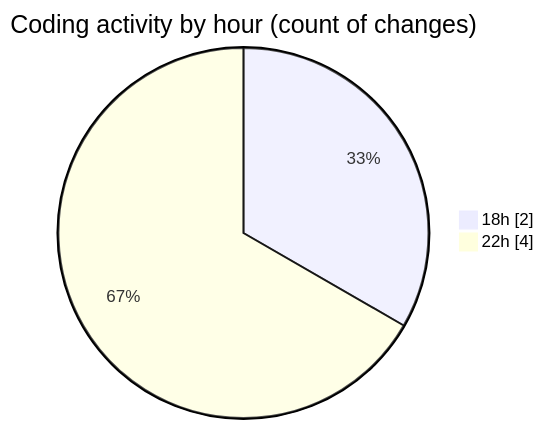
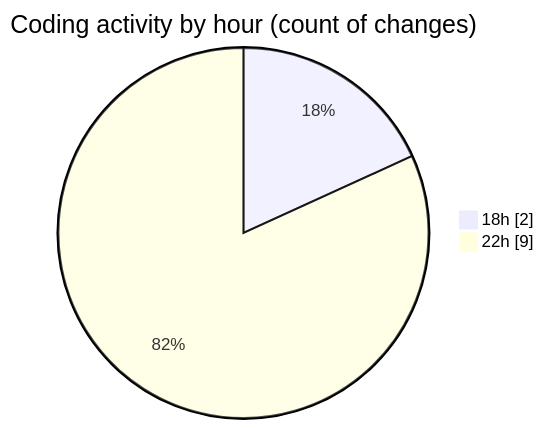
Before and after one commit to julien-gomy/code-tracking: the second of 2 diagrams in 2025-11-17/cdp_aleoudev_fr__workspace_/README.md, drawn with Mermaid. The commit also changed other lines of this file and 1 other file, not shown here.

````diff
--- a/2025-11-17/cdp_aleoudev_fr__workspace_/README.md
+++ b/2025-11-17/cdp_aleoudev_fr__workspace_/README.md
@@ -31,6 +31,6 @@
 ```mermaid
 pie showData
 title Coding activity by hour (count of changes)
 "18h" : 2
-"22h" : 4
+"22h" : 9
 ```
````
